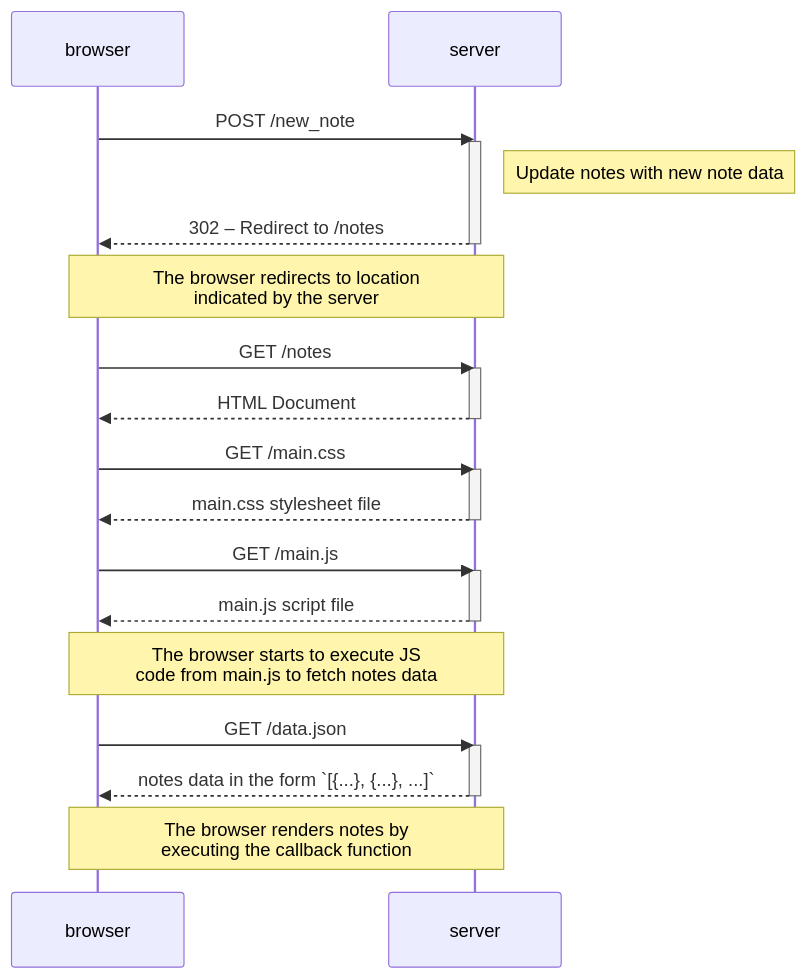
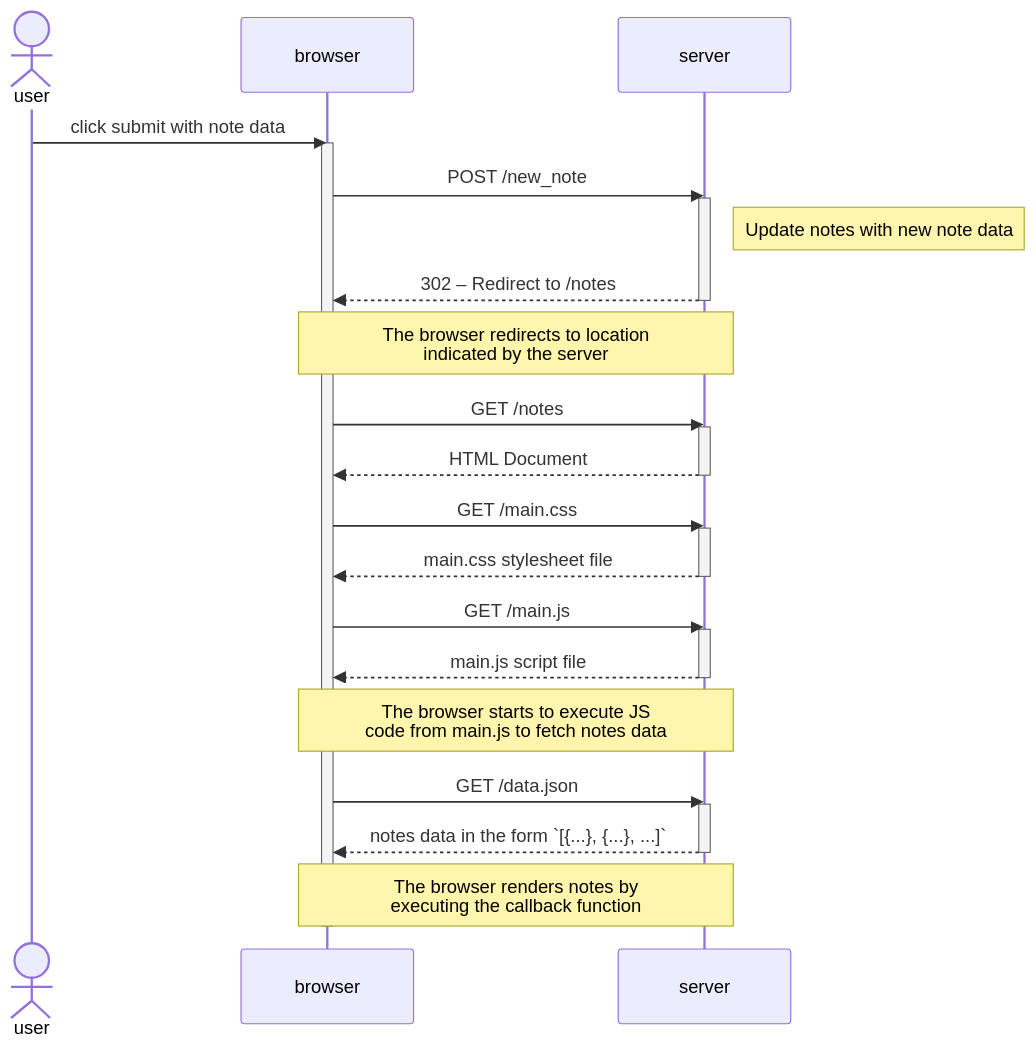
The diagram in part0/exercise_4.md (kaushalpatel-rbc/fullstackopen), drawn with Mermaid before and after one commit. The commit also changed 2 other files, not shown here.

````diff
--- a/part0/exercise_4.md
+++ b/part0/exercise_4.md
@@ -1,34 +1,41 @@
 ```mermaid
 sequenceDiagram
+  actor user
   participant browser
   participant server
+
+  user ->> browser: click submit with note data
+
+  activate browser
 
   browser ->> server: POST /new_note
   activate server
   Note right of server: Update notes with new note data
   server -->> browser: 302 – Redirect to /notes
   deactivate server
   Note over browser,server: The browser redirects to location <br/> indicated by the server
 
   browser ->> server: GET /notes
   activate server
   server -->> browser: HTML Document
   deactivate server
 
   browser ->> server: GET /main.css
   activate server
   server -->> browser: main.css stylesheet file
   deactivate server
 
   browser ->> server: GET /main.js
   activate server
   server -->> browser: main.js script file
   deactivate server
   Note over browser,server: The browser starts to execute JS <br/> code from main.js to fetch notes data
 
   browser ->> server: GET /data.json
   activate server
   server -->> browser: notes data in the form `[{...}, {...}, ...]`
   deactivate server
   Note over browser,server: The browser renders notes by <br/> executing the callback function
+
+  deactivate browser
 ```
````
